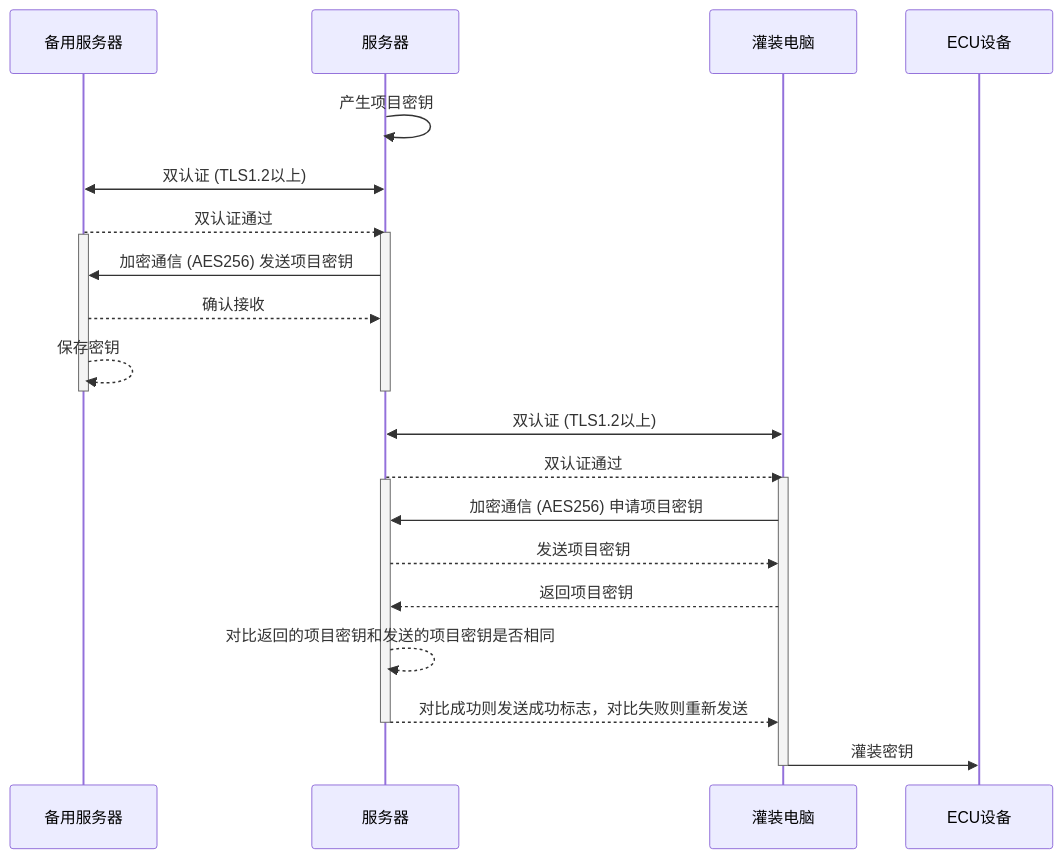
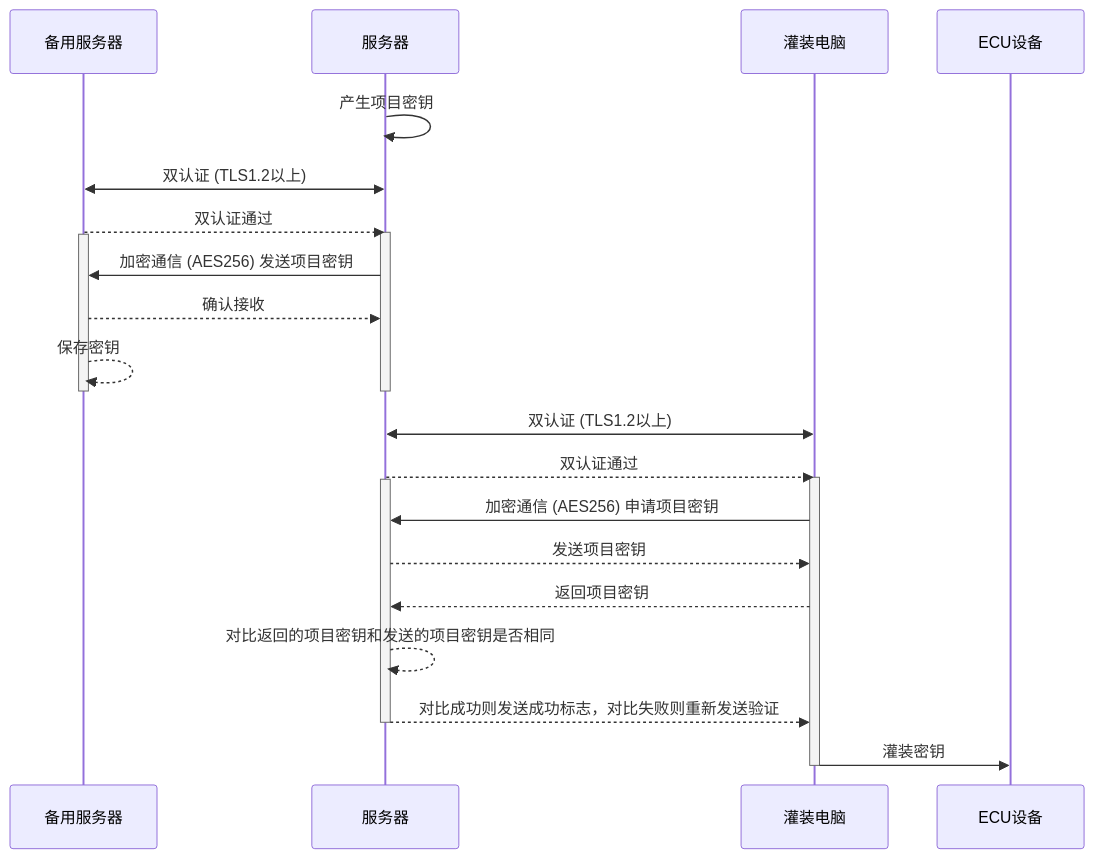
One commit to facebook-cloud/iodraw-files changed the diagram in all/未命名-10.md. Above: the diagram before and after it, drawn with Mermaid.

Commit message:
2026-01-15 11:02:33 update

````diff
--- a/all/未命名-10.md
+++ b/all/未命名-10.md
@@ -1,32 +1,32 @@
 ```mermaid
 sequenceDiagram
     participant B as 备用服务器
     participant A as 服务器
     participant C as 灌装电脑
     participant D as ECU设备
 
     A->>A: 产生项目密钥
     A<<->>B: 双认证 (TLS1.2以上)
     B-->>A: 双认证通过
     activate A
     activate B
     A->>B: 加密通信 (AES256) 发送项目密钥
     B-->>A: 确认接收
     B-->>B: 保存密钥
     deactivate B
     deactivate A
 
     C<<->>A: 双认证 (TLS1.2以上)
     A-->>C: 双认证通过
     activate C
     activate A
     C->>A: 加密通信 (AES256) 申请项目密钥
     A-->>C: 发送项目密钥
     C-->>A: 返回项目密钥
     A-->>A: 对比返回的项目密钥和发送的项目密钥是否相同
-    A-->>C: 对比成功则发送成功标志，对比失败则重新发送
+    A-->>C: 对比成功则发送成功标志，对比失败则重新发送验证
     deactivate A
     C->>D: 灌装密钥
     deactivate C
 
 ```
````
